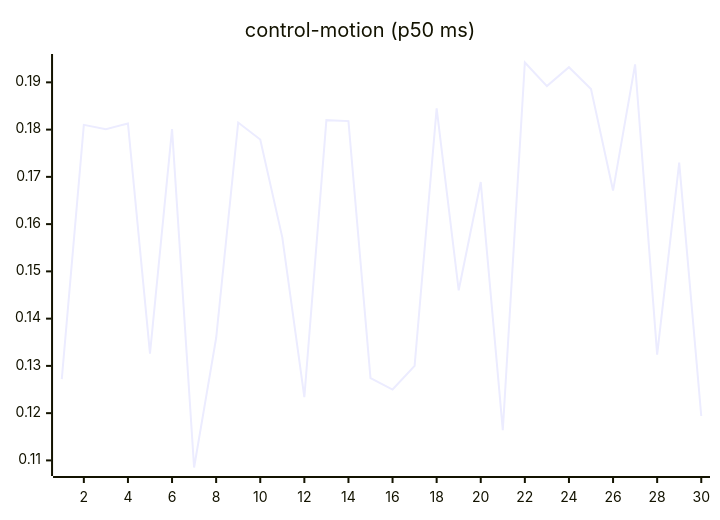
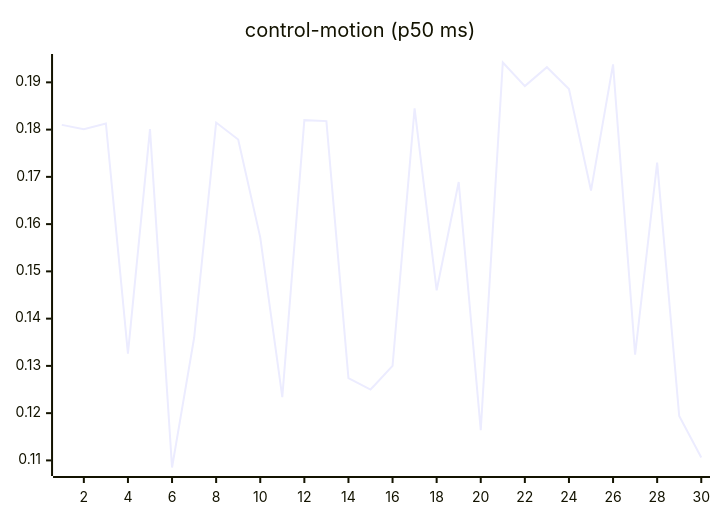
Before and after one commit to josha/Facet: the seventh of 27 diagrams in README.md, drawn with Mermaid. The commit also changed other lines of this file and 2 other files, not shown here.

````diff
--- a/README.md
+++ b/README.md
@@ -105,6 +105,6 @@
 ```mermaid
 xychart-beta
     title "control-motion (p50 ms)"
     x-axis 1 --> 30
-    line [0.1272, 0.1810, 0.1801, 0.1813, 0.1326, 0.1801, 0.1085, 0.1359, 0.1815, 0.1779, 0.1572, 0.1234, 0.1820, 0.1818, 0.1274, 0.1250, 0.1300, 0.1845, 0.1460, 0.1689, 0.1164, 0.1942, 0.1892, 0.1932, 0.1886, 0.1671, 0.1938, 0.1324, 0.1730, 0.1194]
+    line [0.1810, 0.1801, 0.1813, 0.1326, 0.1801, 0.1085, 0.1359, 0.1815, 0.1779, 0.1572, 0.1234, 0.1820, 0.1818, 0.1274, 0.1250, 0.1300, 0.1845, 0.1460, 0.1689, 0.1164, 0.1942, 0.1892, 0.1932, 0.1886, 0.1671, 0.1938, 0.1324, 0.1730, 0.1194, 0.1106]
 ```
````
